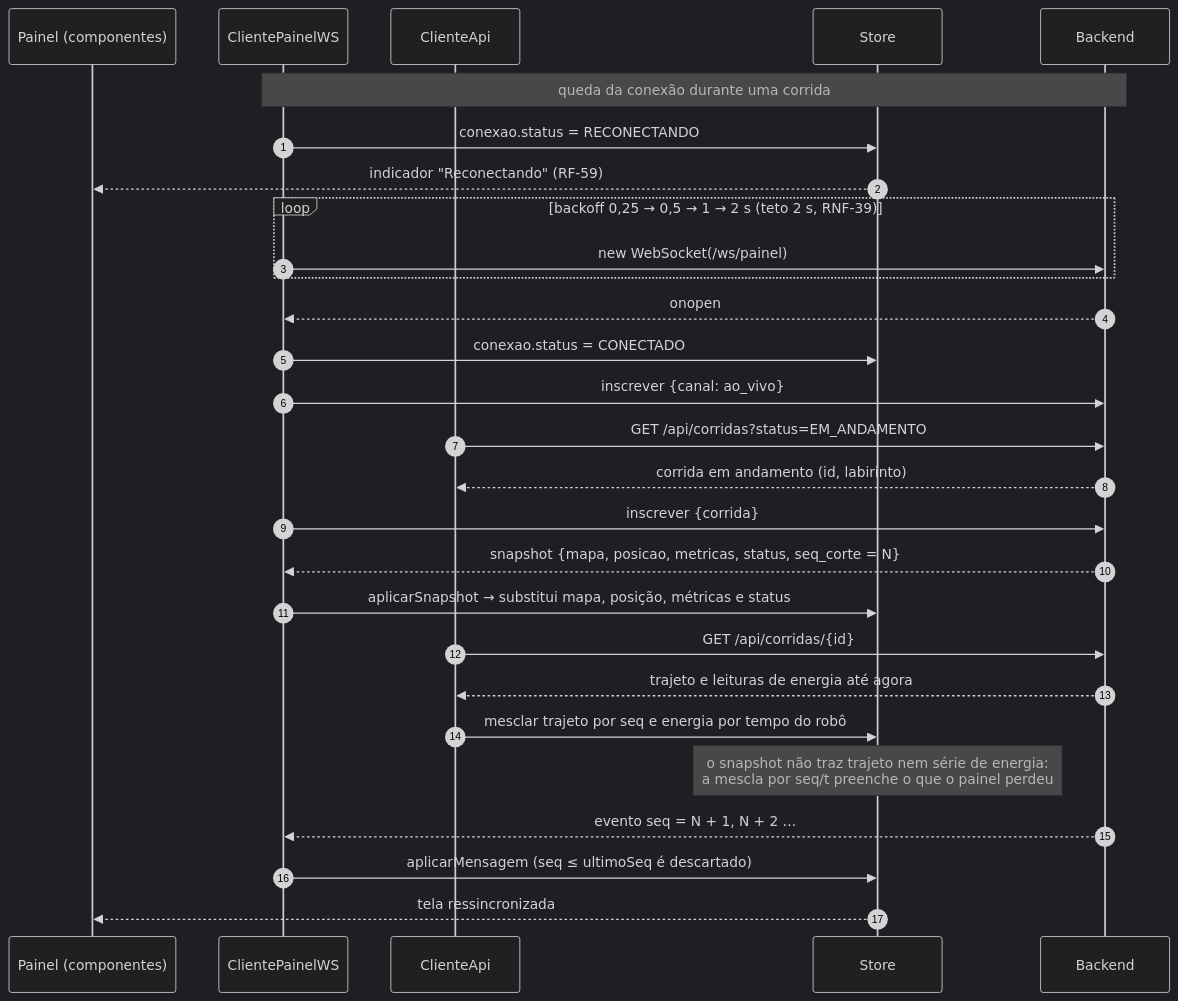
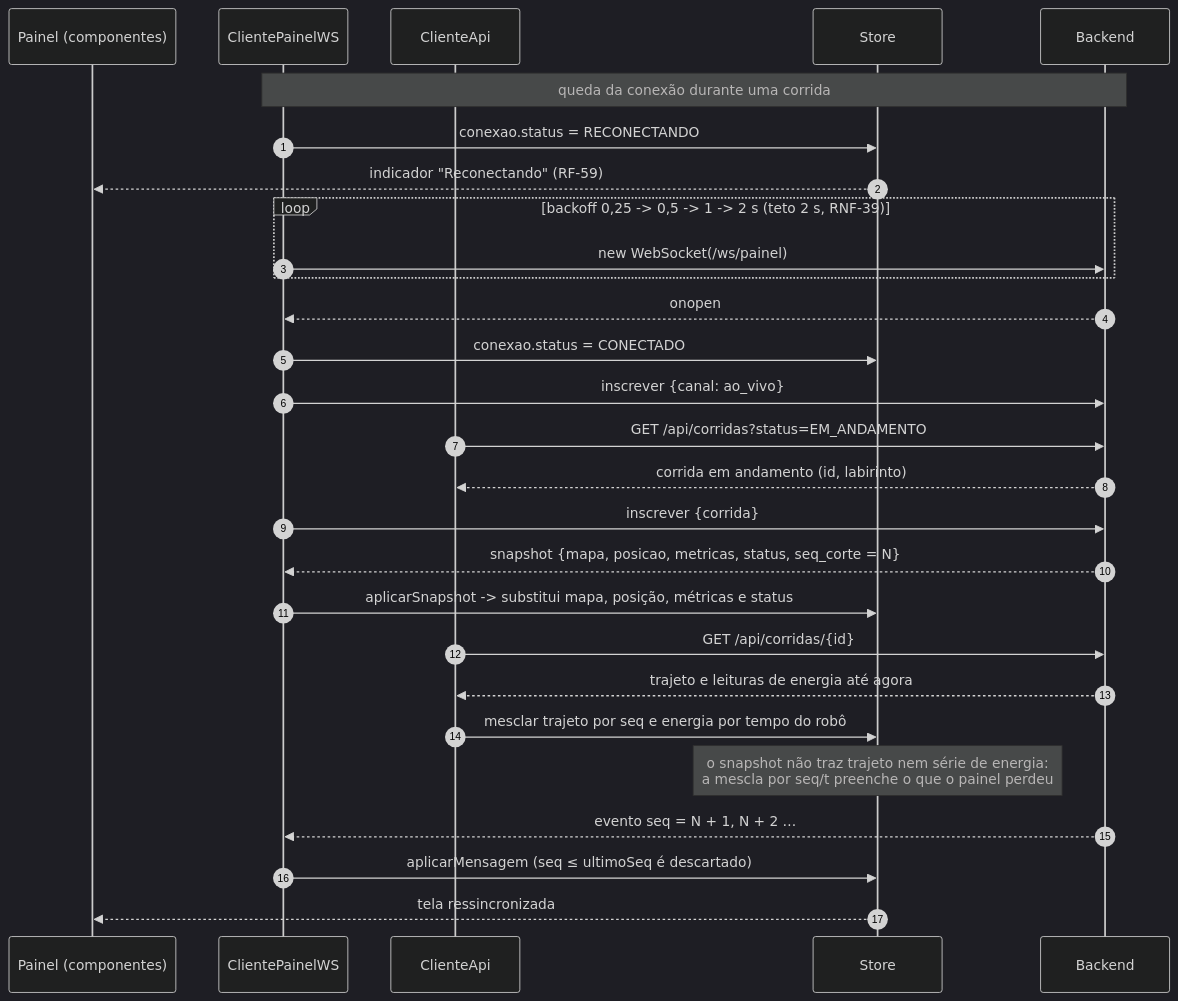
The diagram in docs/software/frontend/diagramas/arq-fe-06-seq-reconexao.mmd (fcte-pi1/2026.2_PI1_Grupo1_Diogo), drawn with Mermaid (dark theme) before and after one commit. The commit also changed 31 other files, not shown here.

```diff
--- a/docs/software/frontend/diagramas/arq-fe-06-seq-reconexao.mmd
+++ b/docs/software/frontend/diagramas/arq-fe-06-seq-reconexao.mmd
@@ -1,31 +1,31 @@
 %% Visão de processos do frontend — reconexão e ressincronização no meio da corrida (Issue #254)
 %% Renderizar: npx -p @mermaid-js/mermaid-cli mmdc -c mermaid-config.json -b white -i arq-fe-06-seq-reconexao.mmd -s 2 -o arq-fe-06-seq-reconexao.png
 sequenceDiagram
     autonumber
     participant UI as Painel (componentes)
     participant WS as ClientePainelWS
     participant API as ClienteApi
     participant ST as Store
     participant BE as Backend
 
     Note over WS,BE: queda da conexão durante uma corrida
     WS->>ST: conexao.status = RECONECTANDO
     ST-->>UI: indicador "Reconectando" (RF-59)
-    loop backoff 0,25 → 0,5 → 1 → 2 s (teto 2 s, RNF-39)
+    loop backoff 0,25 -> 0,5 -> 1 -> 2 s (teto 2 s, RNF-39)
         WS->>BE: new WebSocket(/ws/painel)
     end
     BE-->>WS: onopen
     WS->>ST: conexao.status = CONECTADO
     WS->>BE: inscrever {canal: ao_vivo}
     API->>BE: GET /api/corridas?status=EM_ANDAMENTO
     BE-->>API: corrida em andamento (id, labirinto)
     WS->>BE: inscrever {corrida}
     BE-->>WS: snapshot {mapa, posicao, metricas, status, seq_corte = N}
-    WS->>ST: aplicarSnapshot → substitui mapa, posição, métricas e status
+    WS->>ST: aplicarSnapshot -> substitui mapa, posição, métricas e status
     API->>BE: GET /api/corridas/{id}
     BE-->>API: trajeto e leituras de energia até agora
     API->>ST: mesclar trajeto por seq e energia por tempo do robô
     Note over ST: o snapshot não traz trajeto nem série de energia:<br/>a mescla por seq/t preenche o que o painel perdeu
     BE-->>WS: evento seq = N + 1, N + 2 …
     WS->>ST: aplicarMensagem (seq ≤ ultimoSeq é descartado)
     ST-->>UI: tela ressincronizada
```
